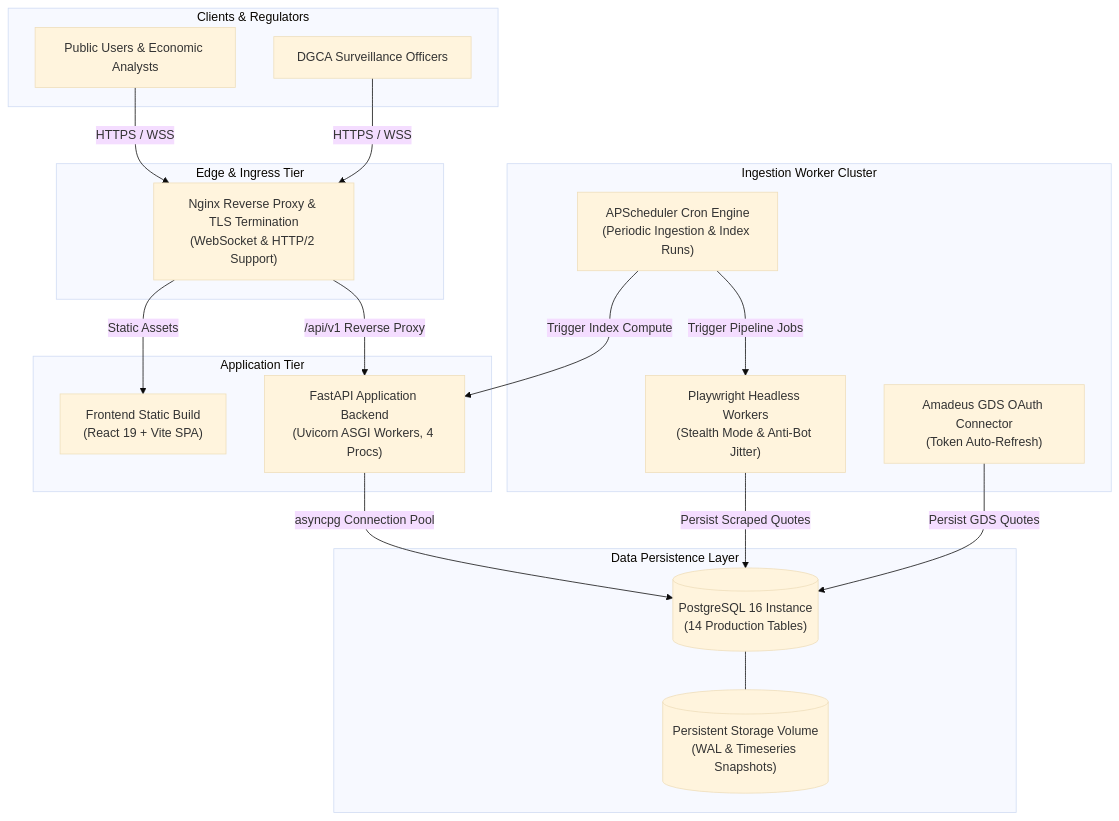
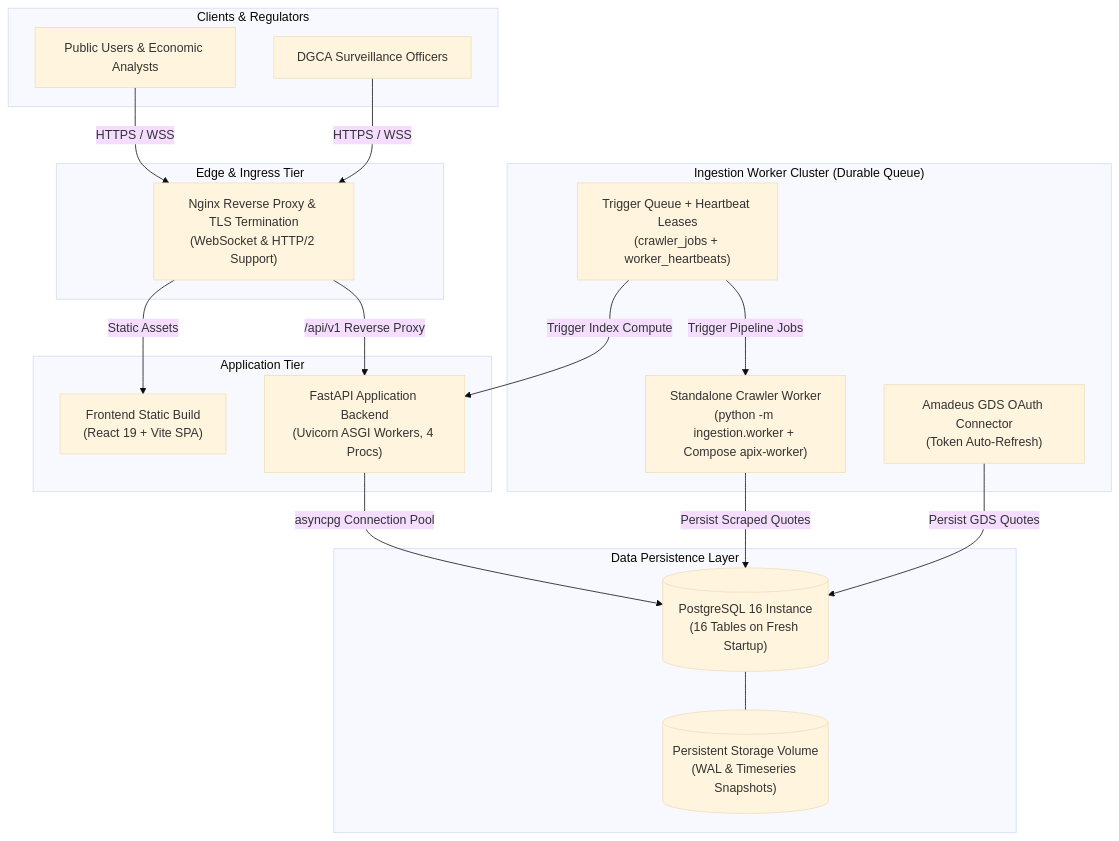
Before and after one commit to SameerKumar05/APIx: the third of 3 diagrams in docs/architecture.md, drawn with Mermaid (base theme). The commit also changed other lines of this file and 2 other files, not shown here.

````diff
--- a/docs/architecture.md
+++ b/docs/architecture.md
@@ -456,41 +456,41 @@
 ```mermaid
 flowchart TD
     subgraph CLIENTS ["Clients & Regulators"]
         USER["Public Users & Economic Analysts"]
         DGCA_USER["DGCA Surveillance Officers"]
     end
 
     subgraph EDGE ["Edge & Ingress Tier"]
         NGINX["Nginx Reverse Proxy & TLS Termination<br/>(WebSocket & HTTP/2 Support)"]
     end
 
     subgraph APP ["Application Tier"]
         FRONTEND["Frontend Static Build<br/>(React 19 + Vite SPA)"]
         BACKEND["FastAPI Application Backend<br/>(Uvicorn ASGI Workers, 4 Procs)"]
     end
 
-    subgraph WORKERS ["Ingestion Worker Cluster"]
-        INGEST_WORKER["Playwright Headless Workers<br/>(Stealth Mode & Anti-Bot Jitter)"]
+    subgraph WORKERS ["Ingestion Worker Cluster (Durable Queue)"]
+        INGEST_WORKER["Standalone Crawler Worker<br/>(python -m ingestion.worker + Compose apix-worker)"]
         GDS_CONNECTOR["Amadeus GDS OAuth Connector<br/>(Token Auto-Refresh)"]
-        SCHEDULER["APScheduler Cron Engine<br/>(Periodic Ingestion & Index Runs)"]
+        SCHEDULER["Trigger Queue + Heartbeat Leases<br/>(crawler_jobs + worker_heartbeats)"]
     end
 
     subgraph DATA ["Data Persistence Layer"]
-        DB_SERVER[("PostgreSQL 16 Instance<br/>(14 Production Tables)")]
+        DB_SERVER[("PostgreSQL 16 Instance<br/>(16 Tables on Fresh Startup)")]
         VOLUME[("Persistent Storage Volume<br/>(WAL & Timeseries Snapshots)")]
     end
 
     USER -->|"HTTPS / WSS"| NGINX
     DGCA_USER -->|"HTTPS / WSS"| NGINX
 
     NGINX -->|"Static Assets"| FRONTEND
     NGINX -->|"/api/v1 Reverse Proxy"| BACKEND
 
     BACKEND -->|"asyncpg Connection Pool"| DB_SERVER
     INGEST_WORKER -->|"Persist Scraped Quotes"| DB_SERVER
     GDS_CONNECTOR -->|"Persist GDS Quotes"| DB_SERVER
     SCHEDULER -->|"Trigger Pipeline Jobs"| INGEST_WORKER
     SCHEDULER -->|"Trigger Index Compute"| BACKEND
 
     DB_SERVER --- VOLUME
 ```
````
